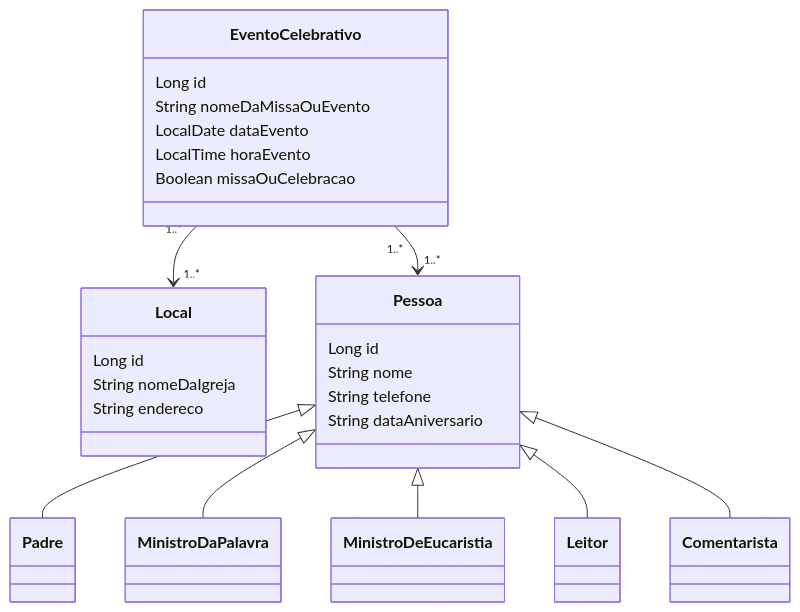
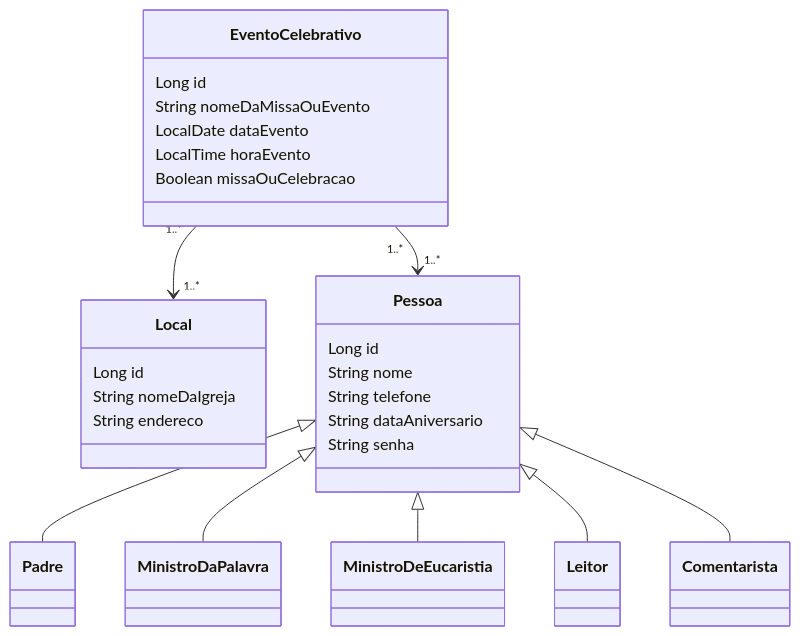
The diagram in README.md (lucashonorioo/api-evento-celebrativo), drawn with Mermaid before and after one commit. The commit also changed other lines of this file, not shown here.

````diff
--- a/README.md
+++ b/README.md
@@ -56,40 +298,39 @@
 ```mermaid
-
 classDiagram
   class EventoCelebrativo {
     Long id
     String nomeDaMissaOuEvento
     LocalDate dataEvento
     LocalTime horaEvento
     Boolean missaOuCelebracao
   }
 
   class Local {
     Long id
     String nomeDaIgreja
     String endereco
   }
 
   class Pessoa {
     Long id
     String nome
     String telefone
     String dataAniversario
+    String senha
   }
 
   class Padre
   class MinistroDaPalavra
   class MinistroDeEucaristia
   class Leitor
   class Comentarista
 
   EventoCelebrativo "1..*" --> "1..*" Local
   EventoCelebrativo "1..*" --> "1..*" Pessoa
 
   Pessoa <|-- Padre
   Pessoa <|-- MinistroDaPalavra
   Pessoa <|-- MinistroDeEucaristia
   Pessoa <|-- Leitor
   Pessoa <|-- Comentarista
-
 ```
````
